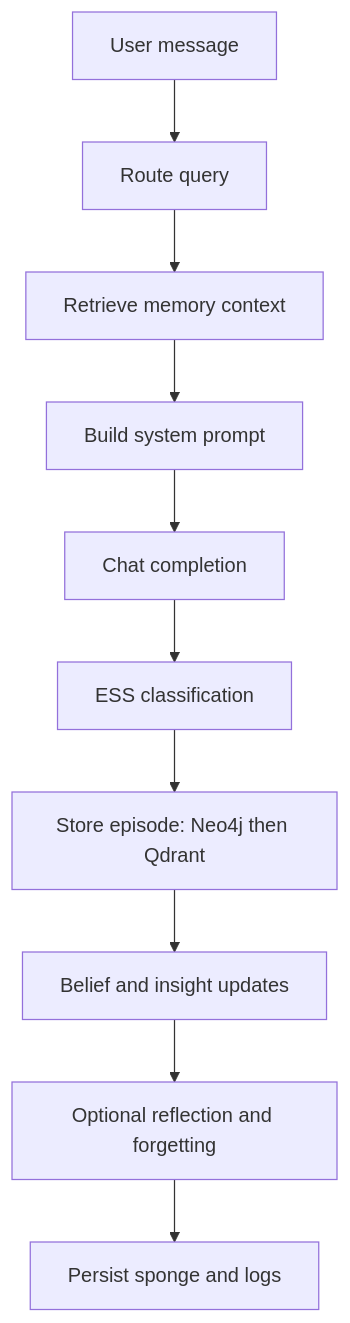
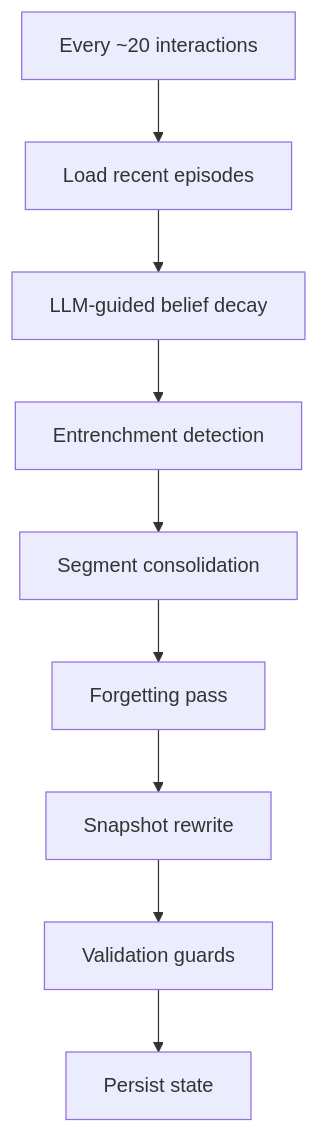
One commit to Okm165/Sonality changed the seventh of 7 diagrams in docs/architecture/data-flow.md. Above: the diagram before and after it, drawn with Mermaid. The commit also changed other lines of this file and 2 other files, not shown here.

````diff
--- a/docs/architecture/data-flow.md
+++ b/docs/architecture/data-flow.md
@@ -5,12 +258,11 @@
 ```mermaid
 flowchart TD
-    U[User message] --> R[Route query]
-    R --> M[Retrieve memory context]
-    M --> P[Build system prompt]
-    P --> C[Chat completion]
-    C --> E[ESS classification]
-    E --> S[Store episode: Neo4j then Qdrant]
-    S --> B[Belief and insight updates]
-    B --> F[Optional reflection and forgetting]
-    F --> D[Persist sponge and logs]
+    Trigger[Every ~20 interactions] --> Load[Load recent episodes]
+    Load --> Decay[LLM-guided belief decay]
+    Decay --> Entrench[Entrenchment detection]
+    Entrench --> Consol[Segment consolidation]
+    Consol --> Forget[Forgetting pass]
+    Forget --> Rewrite[Snapshot rewrite]
+    Rewrite --> Validate[Validation guards]
+    Validate --> Persist[Persist state]
 ```
````
